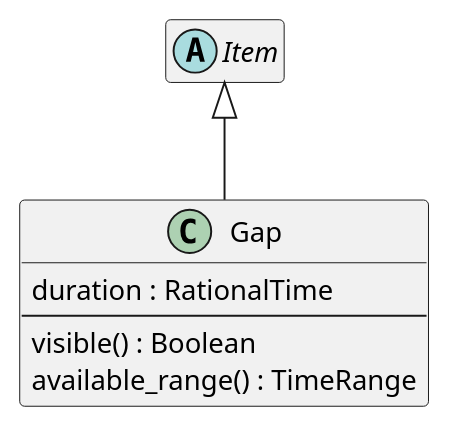
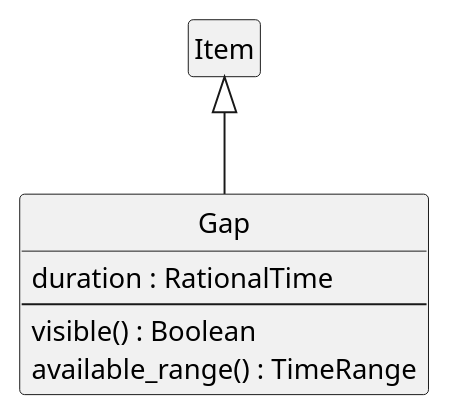
Diagram 18 of 34 in src/main/md/otio-core.md (sandflow/otio-core-specification), drawn with PlantUML before and after one commit. The commit also changed other lines of this file, not shown here.

Commit message:
Improve class diagrams and document conventions (#13)

````diff
--- a/src/main/md/otio-core.md
+++ b/src/main/md/otio-core.md
@@ -1017,18 +1087,17 @@
 ```puml
 @startuml
 hide empty members
+hide circle
 skinparam classAttributeIconSize 0
-
-abstract Item
 
 Item <|-- Gap
 
 class Gap {
   duration : RationalTime
   --
   visible() : Boolean
   available_range() : TimeRange
 }
 
 @enduml
 ```
````
